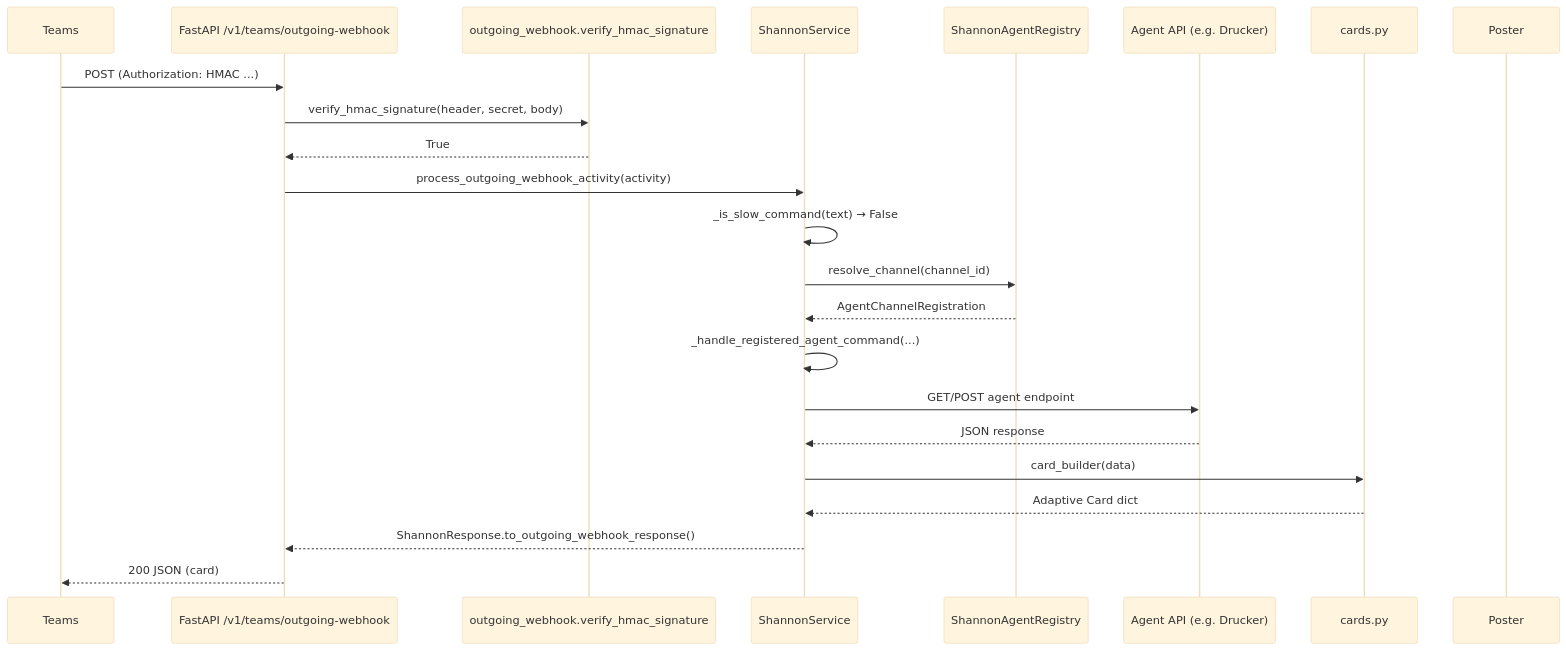
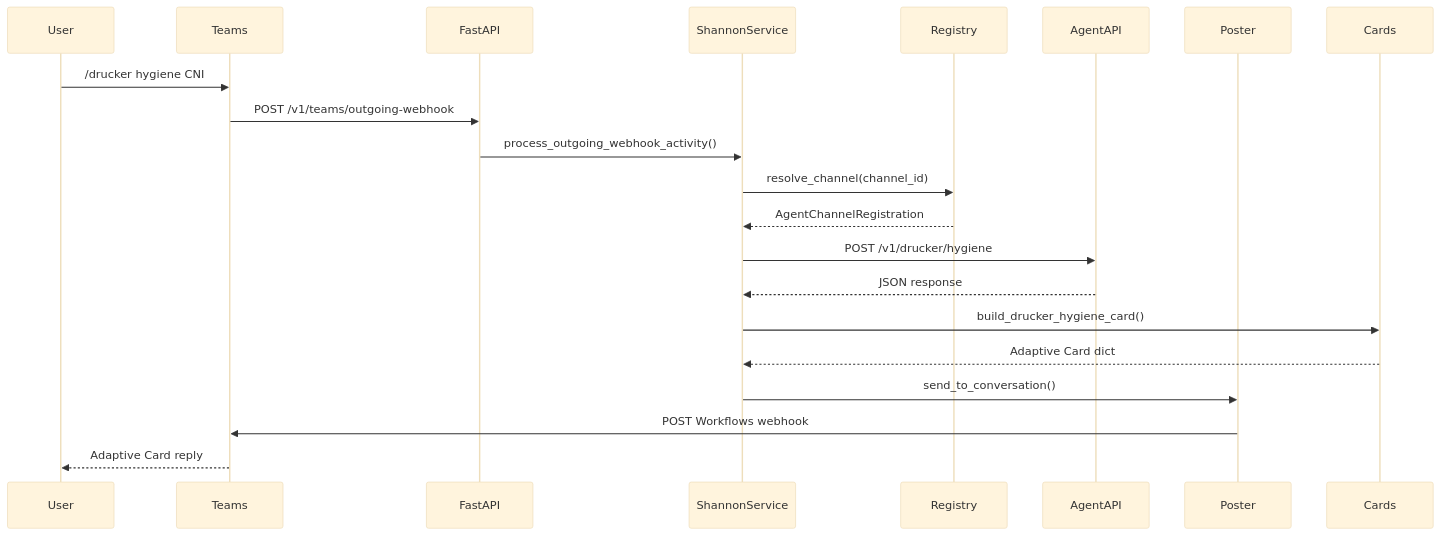
Before and after one commit to jmac-cornelis/agent-workforce: the second of 4 diagrams in agents/shannon/docs/service.md, drawn with Mermaid (base theme). The commit also changed other lines of this file and 6 other files, not shown here.

````diff
--- a/agents/shannon/docs/service.md
+++ b/agents/shannon/docs/service.md
@@ -47,26 +59,23 @@
 ```mermaid
 sequenceDiagram
-    participant T as Teams
-    participant A as FastAPI /v1/teams/outgoing-webhook
-    participant OW as outgoing_webhook.verify_hmac_signature
-    participant S as ShannonService
-    participant R as ShannonAgentRegistry
-    participant AG as Agent API (e.g. Drucker)
-    participant C as cards.py
-    participant P as Poster
+    participant User
+    participant Teams
+    participant FastAPI
+    participant ShannonService
+    participant Registry
+    participant AgentAPI
+    participant Poster
 
-    T->>A: POST (Authorization: HMAC ...)
-    A->>OW: verify_hmac_signature(header, secret, body)
-    OW-->>A: True
-    A->>S: process_outgoing_webhook_activity(activity)
-    S->>S: _is_slow_command(text) → False
-    S->>R: resolve_channel(channel_id)
-    R-->>S: AgentChannelRegistration
-    S->>S: _handle_registered_agent_command(...)
-    S->>AG: GET/POST agent endpoint
-    AG-->>S: JSON response
-    S->>C: card_builder(data)
-    C-->>S: Adaptive Card dict
-    S-->>A: ShannonResponse.to_outgoing_webhook_response()
-    A-->>T: 200 JSON (card)
+    User->>Teams: /drucker hygiene CNI
+    Teams->>FastAPI: POST /v1/teams/outgoing-webhook
+    FastAPI->>ShannonService: process_outgoing_webhook_activity()
+    ShannonService->>Registry: resolve_channel(channel_id)
+    Registry-->>ShannonService: AgentChannelRegistration
+    ShannonService->>AgentAPI: POST /v1/drucker/hygiene
+    AgentAPI-->>ShannonService: JSON response
+    ShannonService->>Cards: build_drucker_hygiene_card()
+    Cards-->>ShannonService: Adaptive Card dict
+    ShannonService->>Poster: send_to_conversation()
+    Poster->>Teams: POST Workflows webhook
+    Teams-->>User: Adaptive Card reply
 ```
````
